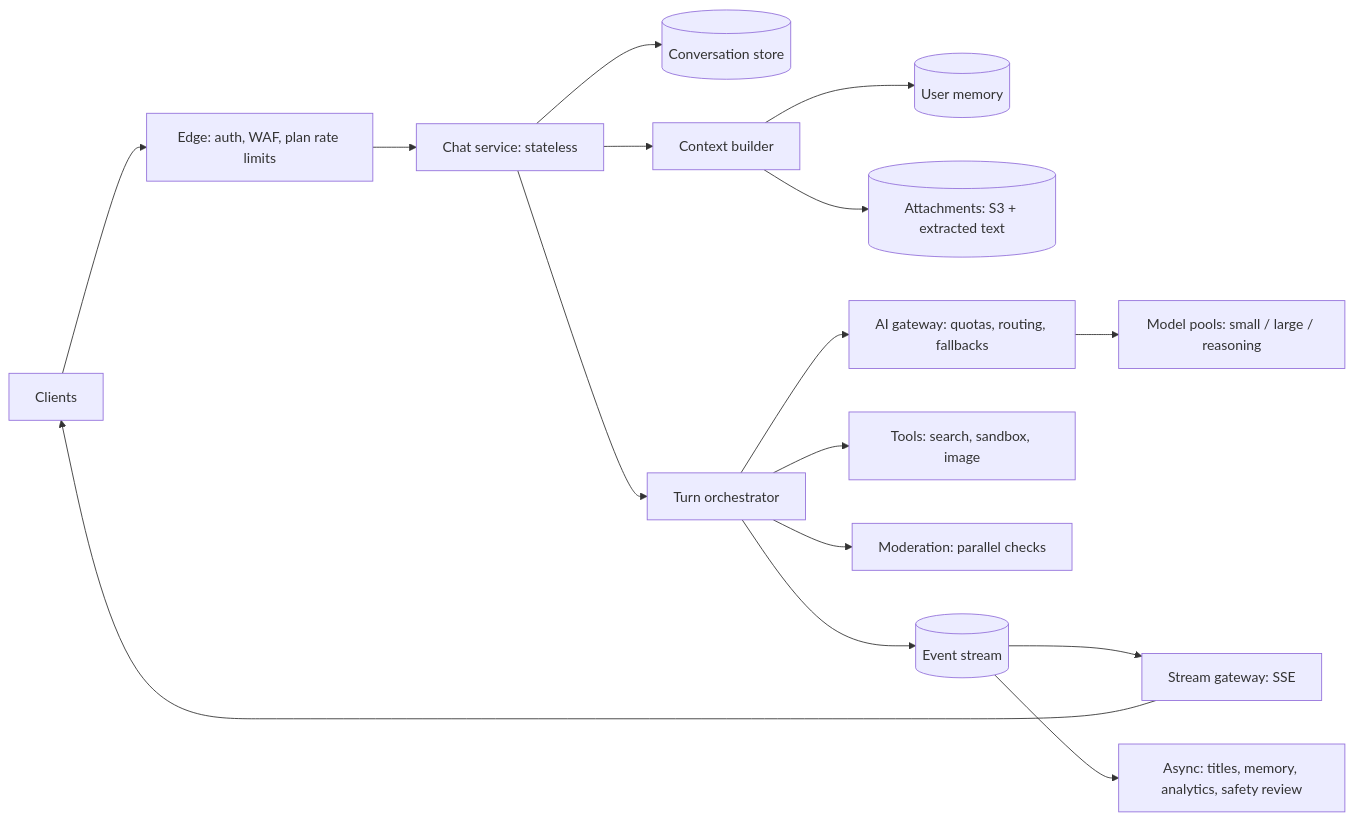
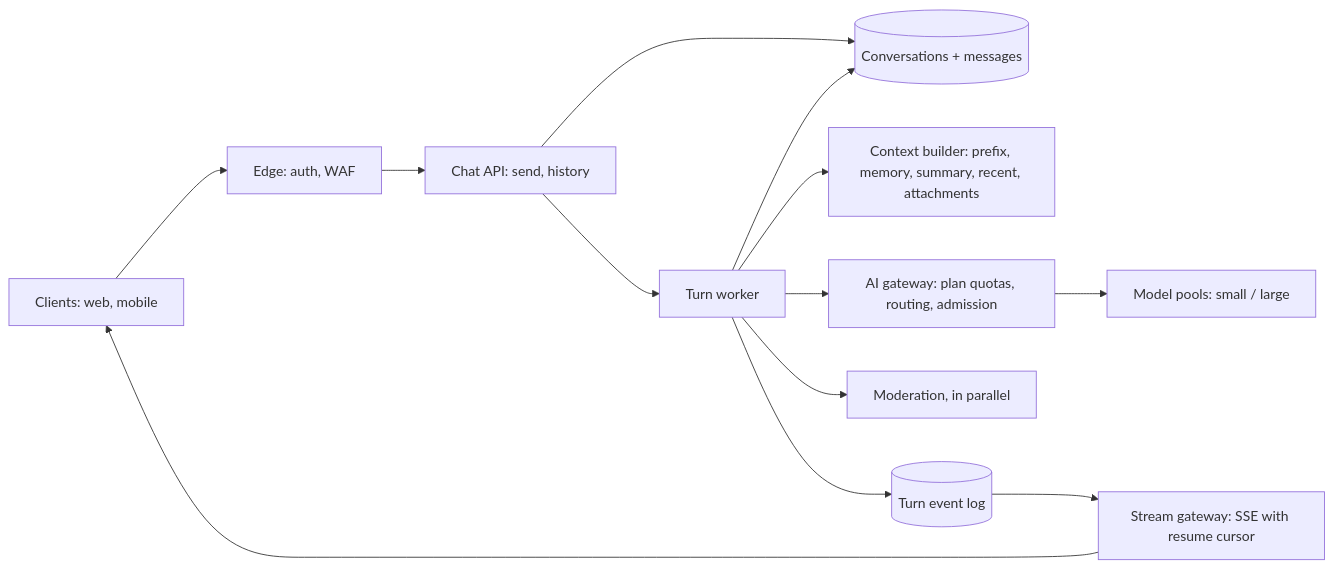
One commit to zekkrron/cs-knowledge-base changed the first of 5 diagrams in Agentic/Problems/08 - ChatGPT-Scale Consumer Chat.md. Above: the diagram before and after it, drawn with Mermaid. The commit also changed other lines of this file and 46 other files, not shown here.

````diff
--- a/Agentic/Problems/08 - ChatGPT-Scale Consumer Chat.md
+++ b/Agentic/Problems/08 - ChatGPT-Scale Consumer Chat.md
@@ -41,18 +106,15 @@
 ```mermaid
 flowchart LR
-    C[Clients] --> EDGE[Edge: auth, WAF, plan rate limits]
-    EDGE --> CHAT[Chat service: stateless]
-    CHAT --> CONV[(Conversation store)]
-    CHAT --> CTX[Context builder]
-    CTX --> MEM[(User memory)]
-    CTX --> FILES[(Attachments: S3 + extracted text)]
-    CHAT --> ORCH[Turn orchestrator]
-    ORCH --> GW[AI gateway: quotas, routing, fallbacks]
-    GW --> POOLS[Model pools: small / large / reasoning]
-    ORCH --> TOOLS[Tools: search, sandbox, image]
-    ORCH --> MOD[Moderation: parallel checks]
-    ORCH --> BUS[(Event stream)]
-    BUS --> SSE[Stream gateway: SSE]
+    C[Clients: web, mobile] --> EDGE[Edge: auth, WAF]
+    EDGE --> CHAT[Chat API: send, history]
+    CHAT --> CONV[(Conversations + messages)]
+    CHAT --> TW[Turn worker]
+    TW --> CTX[Context builder: prefix, memory, summary, recent, attachments]
+    TW --> GW[AI gateway: plan quotas, routing, admission]
+    GW --> POOLS[Model pools: small / large]
+    TW --> MOD[Moderation, in parallel]
+    TW --> LOG[(Turn event log)]
+    LOG --> SSE[Stream gateway: SSE with resume cursor]
     SSE --> C
-    BUS --> ASYNC[Async: titles, memory, analytics, safety review]
+    TW --> CONV
 ```
````
